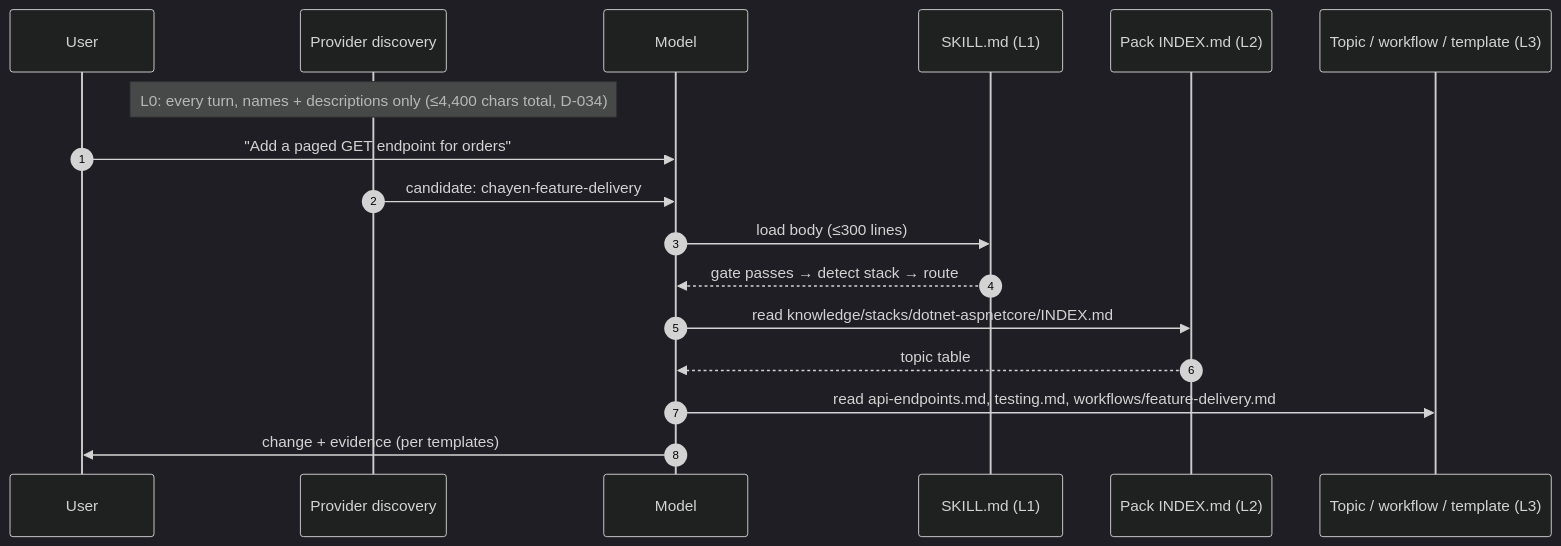
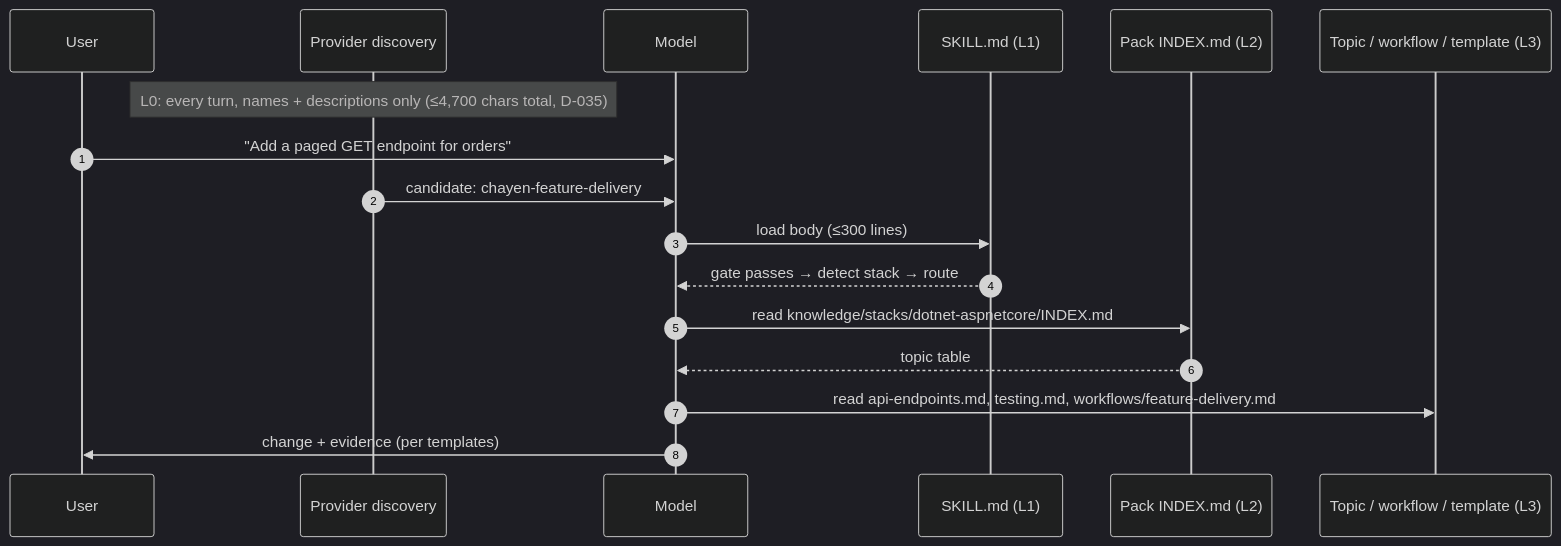
The third of 6 diagrams in docs/chayen/ARCHITECTURE.md (CodeJaDee/codejadee-chayen-framework), drawn with Mermaid (dark theme) before and after one commit. The commit also changed other lines of this file and 64 other files, not shown here.

````diff
--- a/docs/chayen/ARCHITECTURE.md
+++ b/docs/chayen/ARCHITECTURE.md
@@ -338,19 +338,19 @@
 ```mermaid
 sequenceDiagram
     autonumber
     participant U as User
     participant P as Provider discovery
     participant M as Model
     participant S as SKILL.md (L1)
     participant I as Pack INDEX.md (L2)
     participant T as Topic / workflow / template (L3)
-    Note over P: L0: every turn, names + descriptions only (≤4,400 chars total, D-034)
+    Note over P: L0: every turn, names + descriptions only (≤4,700 chars total, D-035)
     U->>M: "Add a paged GET endpoint for orders"
     P->>M: candidate: chayen-feature-delivery
     M->>S: load body (≤300 lines)
     S-->>M: gate passes → detect stack → route
     M->>I: read knowledge/stacks/dotnet-aspnetcore/INDEX.md
     I-->>M: topic table
     M->>T: read api-endpoints.md, testing.md, workflows/feature-delivery.md
     M->>U: change + evidence (per templates)
 ```
````
